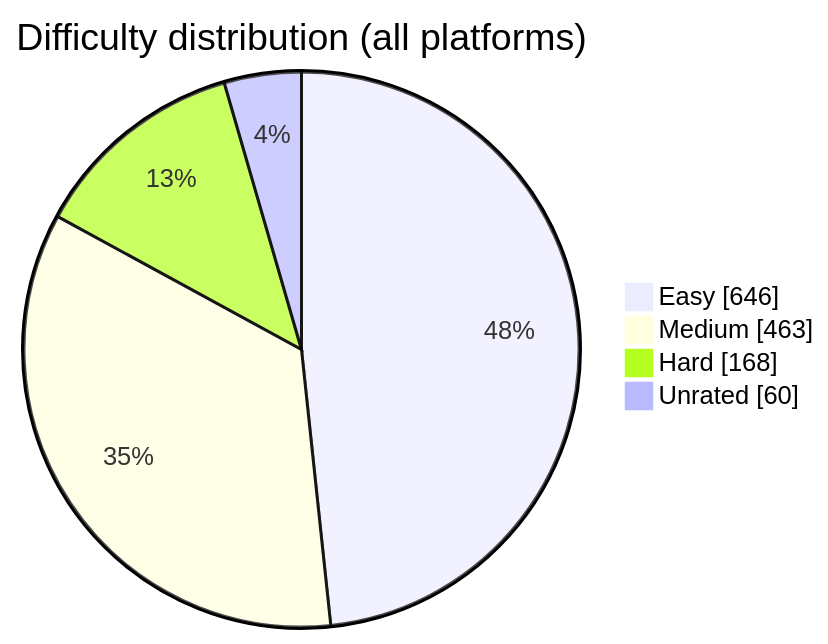
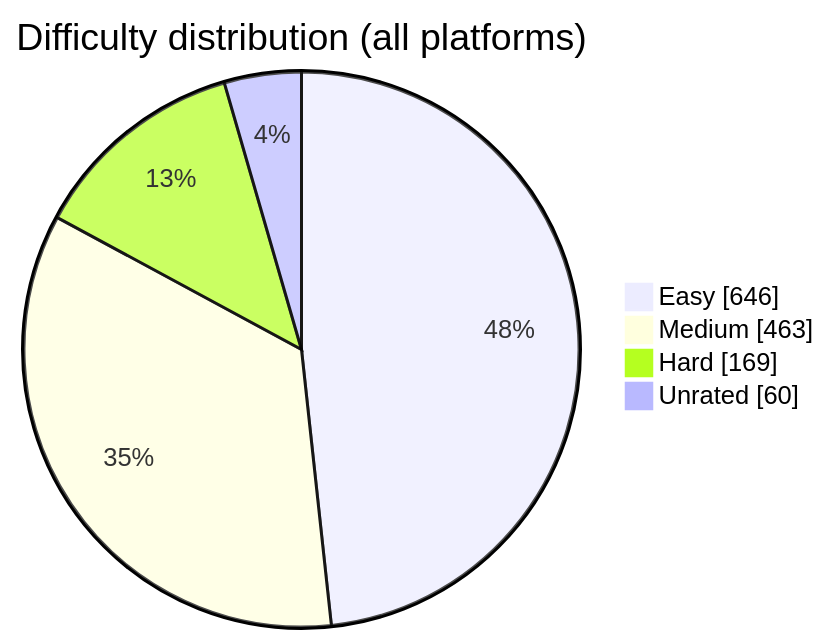
The diagram in README.md (BuildbyArindam/Daily-Coding-Log), drawn with Mermaid before and after one commit. The commit also changed other lines of this file, not shown here.

````diff
--- a/README.md
+++ b/README.md
@@ -93,7 +93,7 @@
 ```mermaid
 pie showData title Difficulty distribution (all platforms)
     "Easy" : 646
     "Medium" : 463
-    "Hard" : 168
+    "Hard" : 169
     "Unrated" : 60
 ```
````
